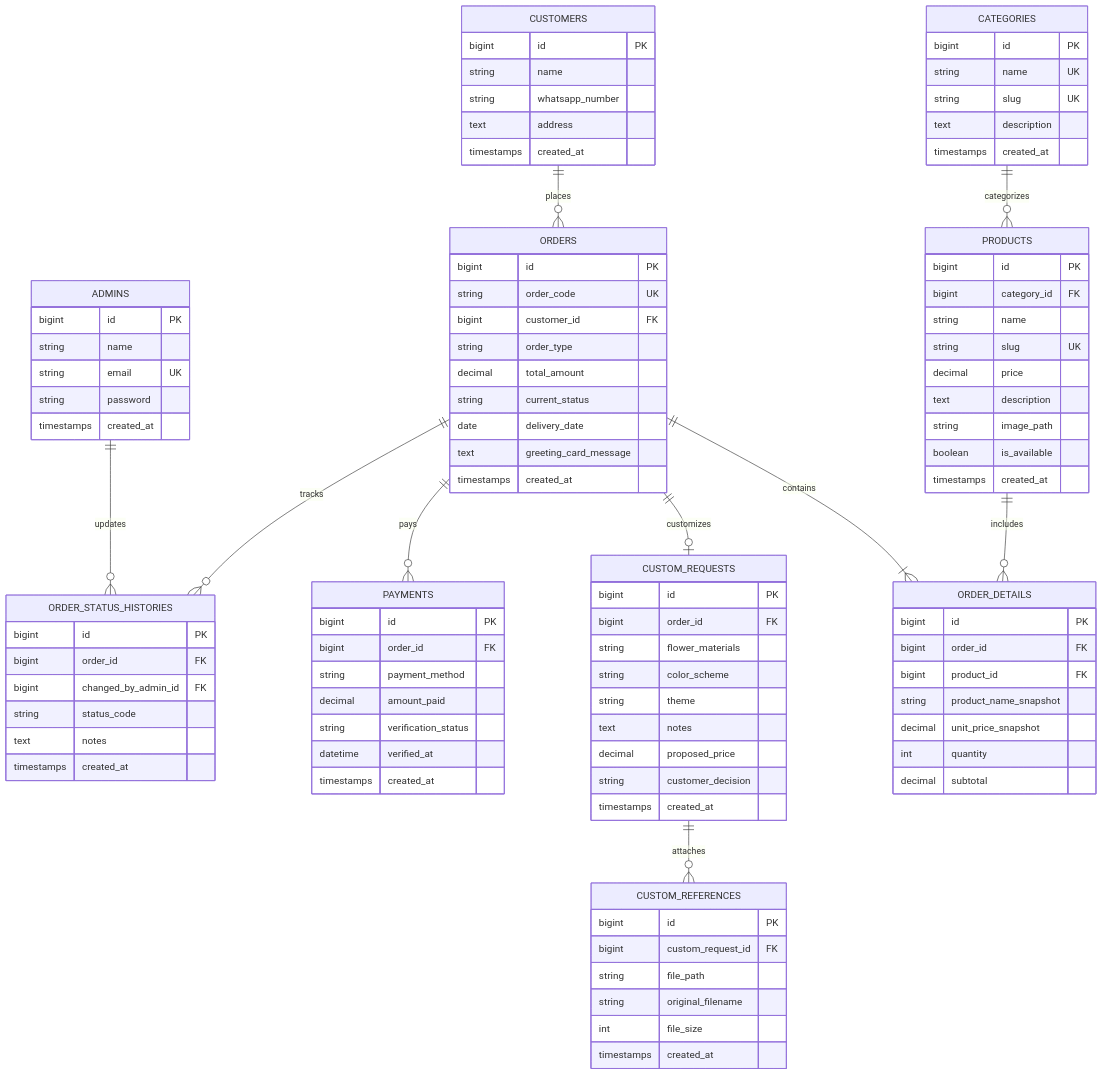
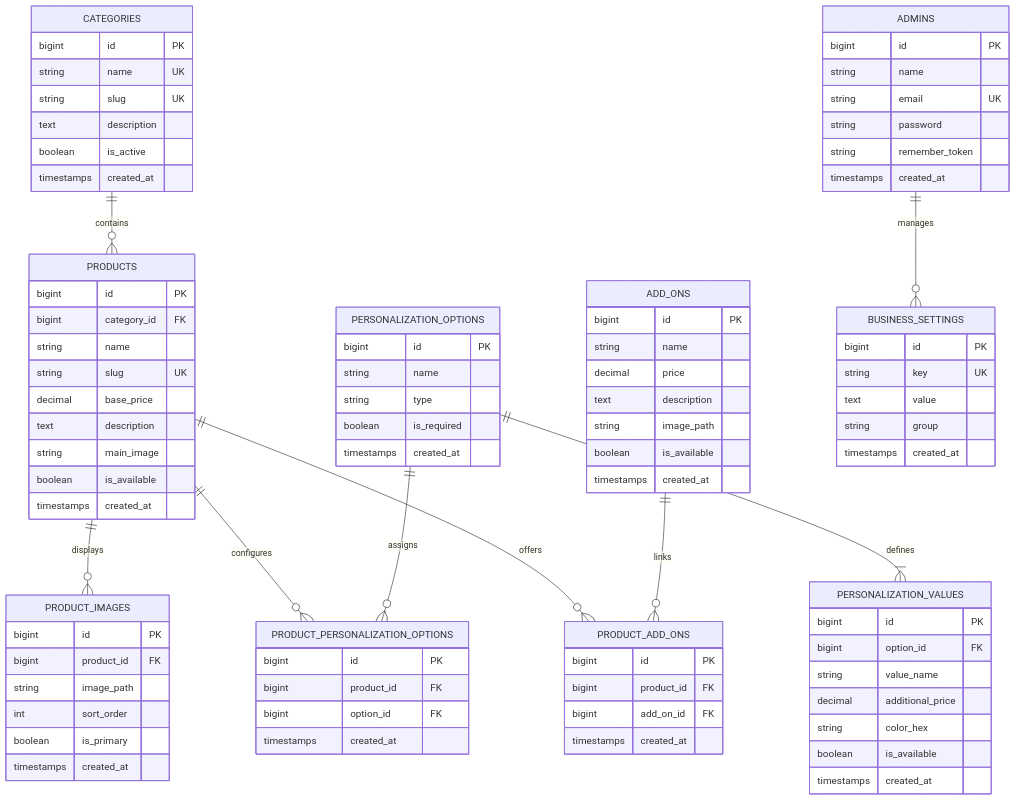
The diagram in database-design.md (Elfend11/buketbunga), drawn with Mermaid before and after one commit. The commit also changed other lines of this file and 89 other files, not shown here.

````diff
--- a/database-design.md
+++ b/database-design.md
@@ -37,20 +40,20 @@
 ```mermaid
 erDiagram
-    ADMINS ||--o{ ORDER_STATUS_HISTORIES : updates
-    CATEGORIES ||--o{ PRODUCTS : categorizes
-    PRODUCTS ||--o{ ORDER_DETAILS : includes
-    CUSTOMERS ||--o{ ORDERS : places
-    ORDERS ||--|{ ORDER_DETAILS : contains
-    ORDERS ||--o| CUSTOM_REQUESTS : customizes
-    CUSTOM_REQUESTS ||--o{ CUSTOM_REFERENCES : attaches
-    ORDERS ||--o{ PAYMENTS : pays
-    ORDERS ||--o{ ORDER_STATUS_HISTORIES : tracks
+    CATEGORIES ||--o{ PRODUCTS : contains
+    PRODUCTS ||--o{ PRODUCT_IMAGES : displays
+    PRODUCTS ||--o{ PRODUCT_PERSONALIZATION_OPTIONS : configures
+    PERSONALIZATION_OPTIONS ||--|{ PERSONALIZATION_VALUES : defines
+    PERSONALIZATION_OPTIONS ||--o{ PRODUCT_PERSONALIZATION_OPTIONS : assigns
+    PRODUCTS ||--o{ PRODUCT_ADD_ONS : offers
+    ADD_ONS ||--o{ PRODUCT_ADD_ONS : links
+    ADMINS ||--o{ BUSINESS_SETTINGS : manages
 
     ADMINS {
         bigint id PK
         string name
         string email UK
         string password
+        string remember_token
         timestamps created_at
     }
 
@@ -59,6 +62,7 @@
         string name UK
         string slug UK
         text description
+        boolean is_active
         timestamps created_at
     }
 
@@ -67,6 +71,50 @@
         bigint category_id FK
         string name
         string slug UK
+        decimal base_price
+        text description
+        string main_image
+        boolean is_available
+        timestamps created_at
+    }
+
+    PRODUCT_IMAGES {
+        bigint id PK
+        bigint product_id FK
+        string image_path
+        int sort_order
+        boolean is_primary
+        timestamps created_at
+    }
+
+    PERSONALIZATION_OPTIONS {
+        bigint id PK
+        string name
+        string type
+        boolean is_required
+        timestamps created_at
+    }
+
+    PERSONALIZATION_VALUES {
+        bigint id PK
+        bigint option_id FK
+        string value_name
+        decimal additional_price
+        string color_hex
+        boolean is_available
+        timestamps created_at
+    }
+
+    PRODUCT_PERSONALIZATION_OPTIONS {
+        bigint id PK
+        bigint product_id FK
+        bigint option_id FK
+        timestamps created_at
+    }
+
+    ADD_ONS {
+        bigint id PK
+        string name
         decimal price
         text description
         string image_path
@@ -74,73 +122,18 @@
         timestamps created_at
     }
 
-    CUSTOMERS {
+    PRODUCT_ADD_ONS {
         bigint id PK
-        string name
-        string whatsapp_number
-        text address
+        bigint product_id FK
+        bigint add_on_id FK
         timestamps created_at
     }
 
-    ORDERS {
+    BUSINESS_SETTINGS {
         bigint id PK
-        string order_code UK
-        bigint customer_id FK
-        string order_type
-        decimal total_amount
-        string current_status
-        date delivery_date
-        text greeting_card_message
-        timestamps created_at
-    }
-
-    ORDER_DETAILS {
-        bigint id PK
-        bigint order_id FK
-        bigint product_id FK
-        string product_name_snapshot
-        decimal unit_price_snapshot
-        int quantity
-        decimal subtotal
-    }
-
-    CUSTOM_REQUESTS {
-        bigint id PK
-        bigint order_id FK
-        string flower_materials
-        string color_scheme
-        string theme
-        text notes
-        decimal proposed_price
-        string customer_decision
-        timestamps created_at
-    }
-
-    CUSTOM_REFERENCES {
-        bigint id PK
-        bigint custom_request_id FK
-        string file_path
-        string original_filename
-        int file_size
-        timestamps created_at
-    }
-
-    PAYMENTS {
-        bigint id PK
-        bigint order_id FK
-        string payment_method
-        decimal amount_paid
-        string verification_status
-        datetime verified_at
-        timestamps created_at
-    }
-
-    ORDER_STATUS_HISTORIES {
-        bigint id PK
-        bigint order_id FK
-        bigint changed_by_admin_id FK
-        string status_code
-        text notes
+        string key UK
+        text value
+        string group
         timestamps created_at
     }
 ```
````
